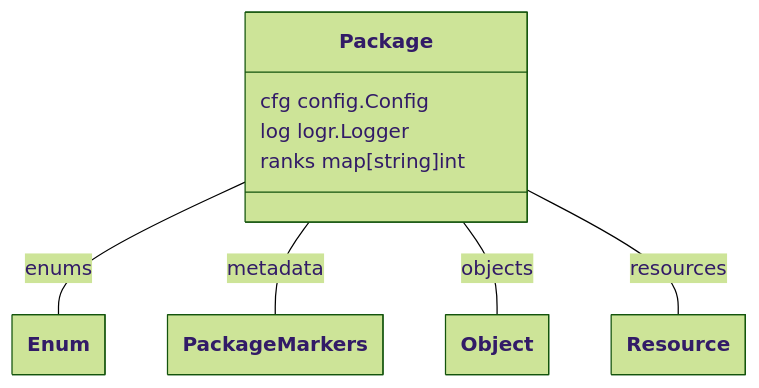
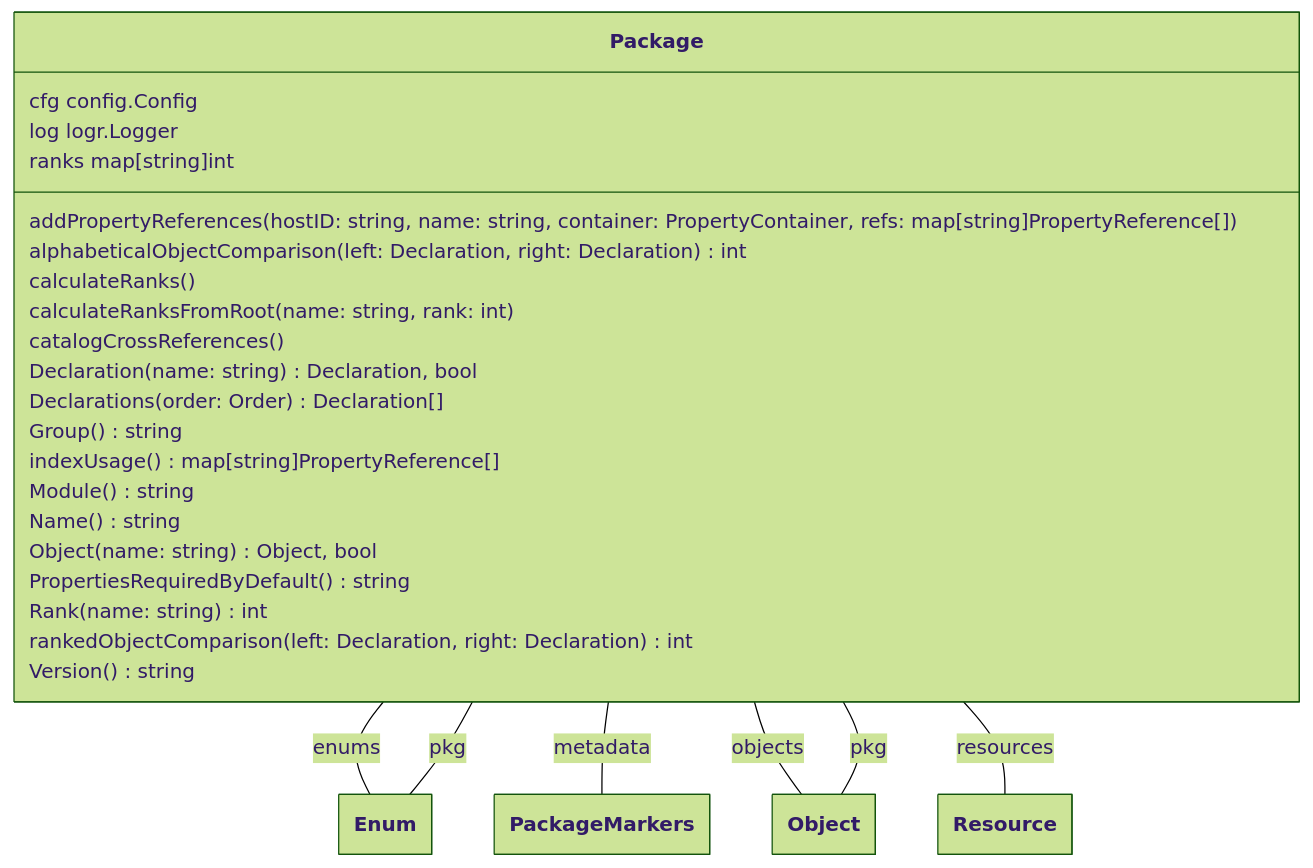
The eighth of 17 diagrams in docs/model/model.md (theunrepentantgeek/crddoc), drawn with Mermaid (forest theme) before and after one commit. The commit also changed other lines of this file, not shown here.

````diff
--- a/docs/model/model.md
+++ b/docs/model/model.md
@@ -287,28 +430,48 @@
 ```mermaid
 ---
   config:
     class:
       hideEmptyMembersBox: true
 ---
 classDiagram
 
 class Package["Package"]{  
       cfg config.Config  
       log logr.Logger  
-      ranks map[string]int
+      ranks map[string]int  
+      addPropertyReferences(hostID: string, name: string, container: PropertyContainer, refs: map[string]PropertyReference[])  
+      alphabeticalObjectComparison(left: Declaration, right: Declaration)int  
+      calculateRanks()  
+      calculateRanksFromRoot(name: string, rank: int)  
+      catalogCrossReferences()  
+      Declaration(name: string)Declaration, bool  
+      Declarations(order: Order)Declaration[]  
+      Group()string  
+      indexUsage()map[string]PropertyReference[]  
+      Module()string  
+      Name()string  
+      Object(name: string)Object, bool  
+      PropertiesRequiredByDefault()string  
+      Rank(name: string)int  
+      rankedObjectComparison(left: Declaration, right: Declaration)int  
+      Version()string
 
 
 } 
 
+Enum -- Package : pkg 
+Object -- Package : pkg 
 
 Package -- Enum : enums 
 Package -- PackageMarkers : metadata 
 Package -- Object : objects 
 Package -- Resource : resources 
 
 class Enum["Enum"]
+class Object["Object"]
+class Enum["Enum"]
 class PackageMarkers["PackageMarkers"]
 class Object["Object"]
 class Resource["Resource"]
 
 ```
````
